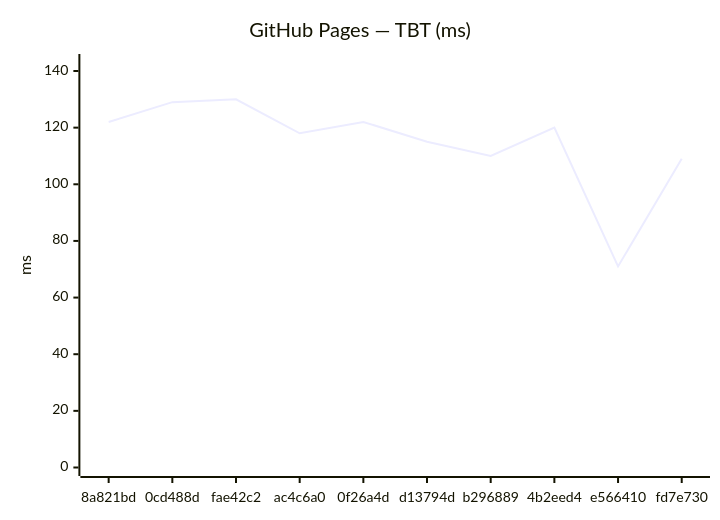
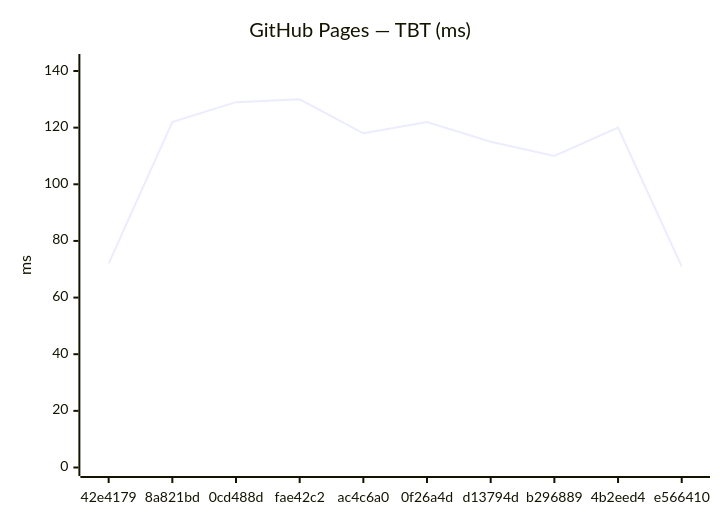
The fourth of 18 diagrams in benchmarks/compare.md (Metaheurist/Rianell), drawn with Mermaid before and after one commit. The commit also changed other lines of this file and 11 other files, not shown here.

````diff
--- a/benchmarks/compare.md
+++ b/benchmarks/compare.md
@@ -61,7 +61,7 @@
 ```mermaid
 xychart-beta
     title "GitHub Pages — TBT (ms)"
-    x-axis ["8a821bd", "0cd488d", "fae42c2", "ac4c6a0", "0f26a4d", "d13794d", "b296889", "4b2eed4", "e566410", "fd7e730"]
+    x-axis ["42e4179", "8a821bd", "0cd488d", "fae42c2", "ac4c6a0", "0f26a4d", "d13794d", "b296889", "4b2eed4", "e566410"]
     y-axis "ms" 0 --> 143
-    line [122, 129, 130, 118, 122, 115, 110, 120, 71, 109]
+    line [72, 122, 129, 130, 118, 122, 115, 110, 120, 71]
 ```
````
